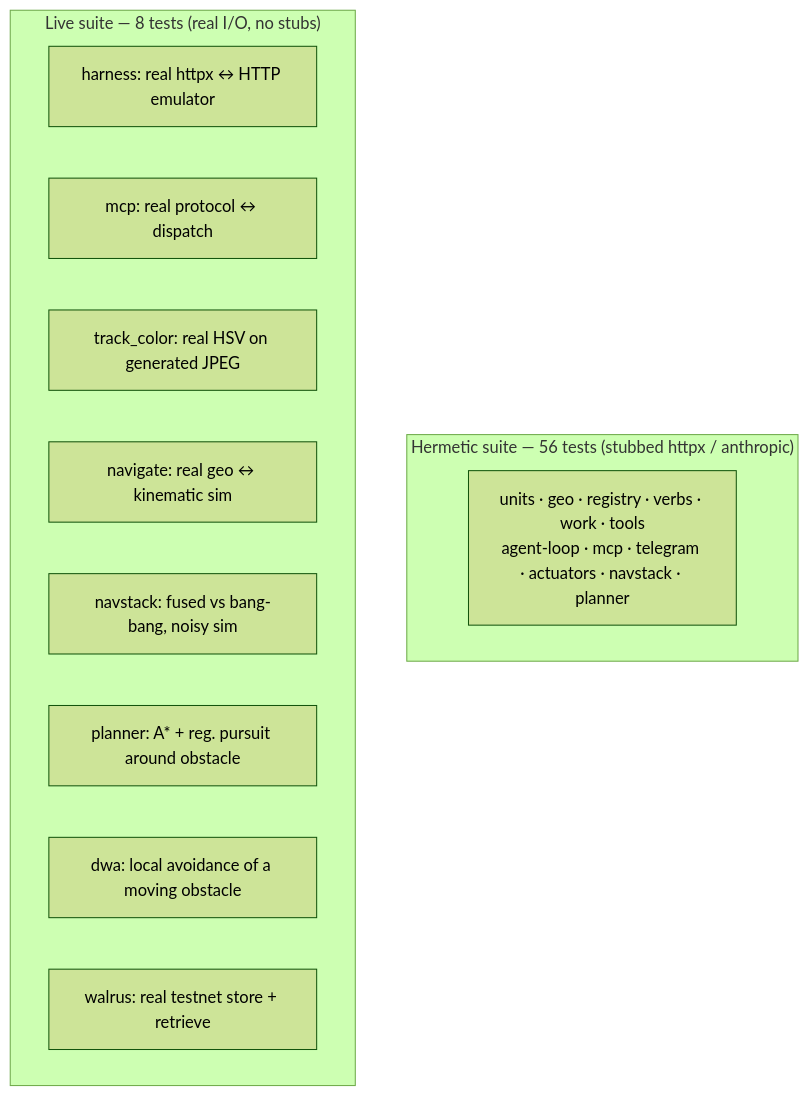
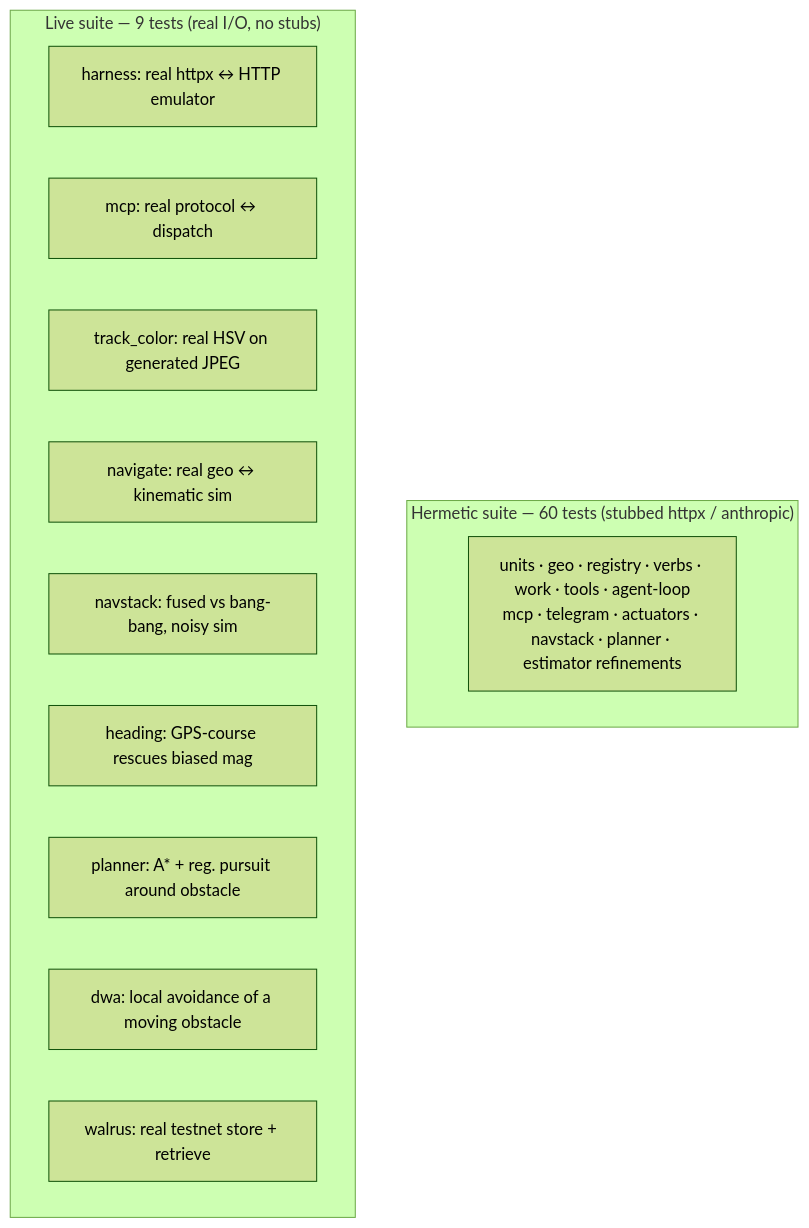
Diagram 16 of 16 in docs/ARCHITECTURE.md (0xSoftBoi/mini-plus-agent-kit), drawn with Mermaid (forest theme) before and after one commit. The commit also changed other lines of this file and 7 other files, not shown here.

First line of the commit message:
feat(nav): estimator refinements — GPS-course fusion, mag calibration, 2x2 covariance

````diff
--- a/docs/ARCHITECTURE.md
+++ b/docs/ARCHITECTURE.md
@@ -586,16 +622,17 @@
 ```mermaid
 flowchart TB
-  subgraph H["Hermetic suite &mdash; 56 tests (stubbed httpx / anthropic)"]
-    HU["units · geo · registry · verbs · work · tools<br/>agent-loop · mcp · telegram · actuators · navstack · planner"]
+  subgraph H["Hermetic suite &mdash; 60 tests (stubbed httpx / anthropic)"]
+    HU["units · geo · registry · verbs · work · tools · agent-loop<br/>mcp · telegram · actuators · navstack · planner · estimator refinements"]
   end
-  subgraph L["Live suite &mdash; 8 tests (real I/O, no stubs)"]
+  subgraph L["Live suite &mdash; 9 tests (real I/O, no stubs)"]
     L1["harness: real httpx &harr; HTTP emulator"]
     L2["mcp: real protocol &harr; dispatch"]
     L3["track_color: real HSV on generated JPEG"]
     L4["navigate: real geo &harr; kinematic sim"]
     L5["navstack: fused vs bang-bang, noisy sim"]
-    L6["planner: A* + reg. pursuit around obstacle"]
-    L7["dwa: local avoidance of a moving obstacle"]
-    L8["walrus: real testnet store + retrieve"]
+    L6["heading: GPS-course rescues biased mag"]
+    L7["planner: A* + reg. pursuit around obstacle"]
+    L8["dwa: local avoidance of a moving obstacle"]
+    L9["walrus: real testnet store + retrieve"]
   end
 ```
````
